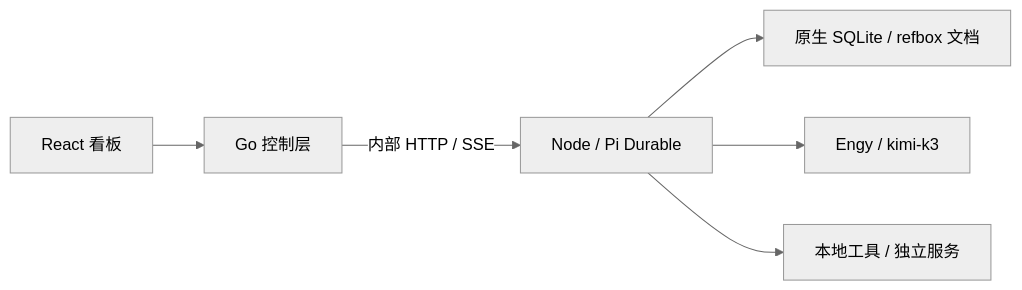
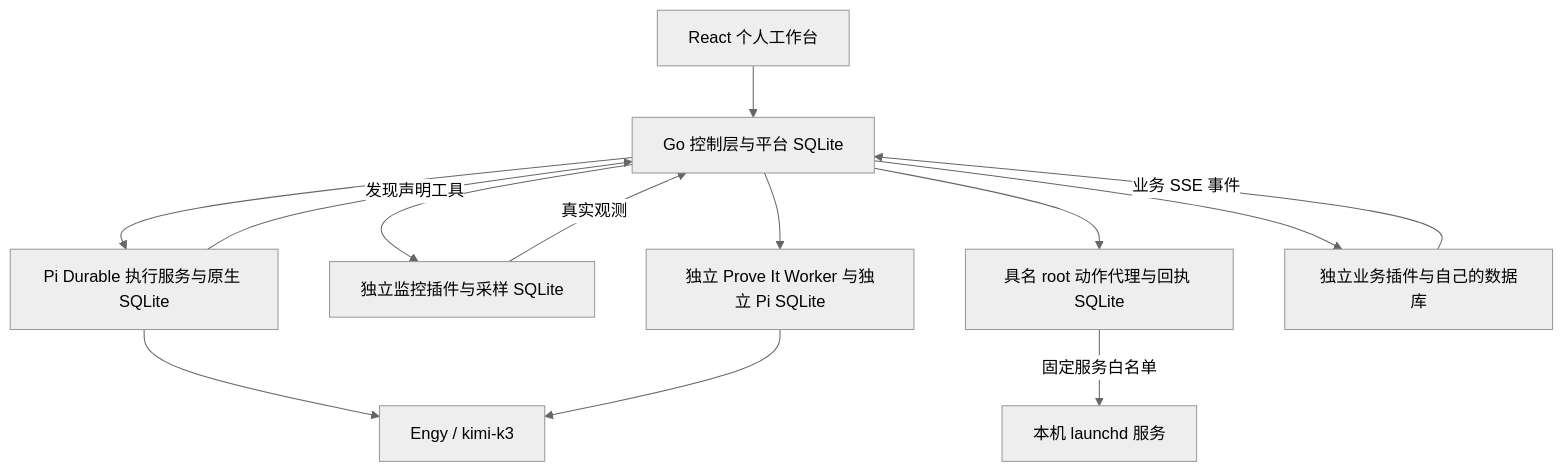
Before and after one commit to WASIDJ/refbox: the diagram in docs/architecture.md, drawn with Mermaid (neutral theme). The commit also changed other lines of this file and 54 other files, not shown here.

````diff
--- a/docs/architecture.md
+++ b/docs/architecture.md
@@ -7,8 +5,15 @@
 ```mermaid
-flowchart LR
-  Browser[React 看板] --> Go[Go 控制层]
-  Go -->|内部 HTTP / SSE| Runtime[Node / Pi Durable]
-  Runtime --> SQLite[原生 SQLite / refbox 文档]
-  Runtime --> Engy[Engy / kimi-k3]
-  Runtime --> Tools[本地工具 / 独立服务]
+flowchart TB
+  UI[React 个人工作台] --> Control[Go 控制层与平台 SQLite]
+  Control --> Pi[Pi Durable 执行服务与原生 SQLite]
+  Control --> Monitor[独立监控插件与采样 SQLite]
+  Control --> Prover[独立 Prove It Worker 与独立 Pi SQLite]
+  Control --> Broker[具名 root 动作代理与回执 SQLite]
+  Control --> Plugin[独立业务插件与自己的数据库]
+  Pi --> Engy[Engy / kimi-k3]
+  Prover --> Engy
+  Pi -->|发现声明工具| Control
+  Monitor -->|真实观测| Control
+  Plugin -->|业务 SSE 事件| Control
+  Broker -->|固定服务白名单| Service[本机 launchd 服务]
 ```
````
